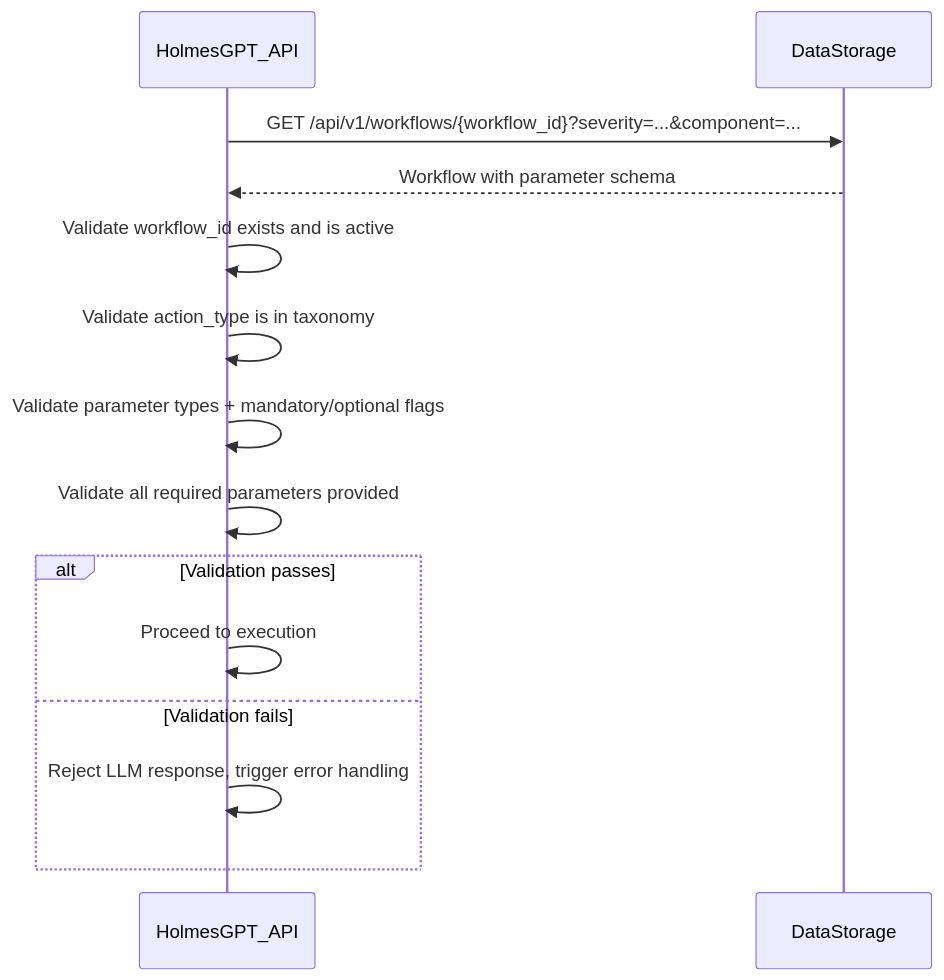
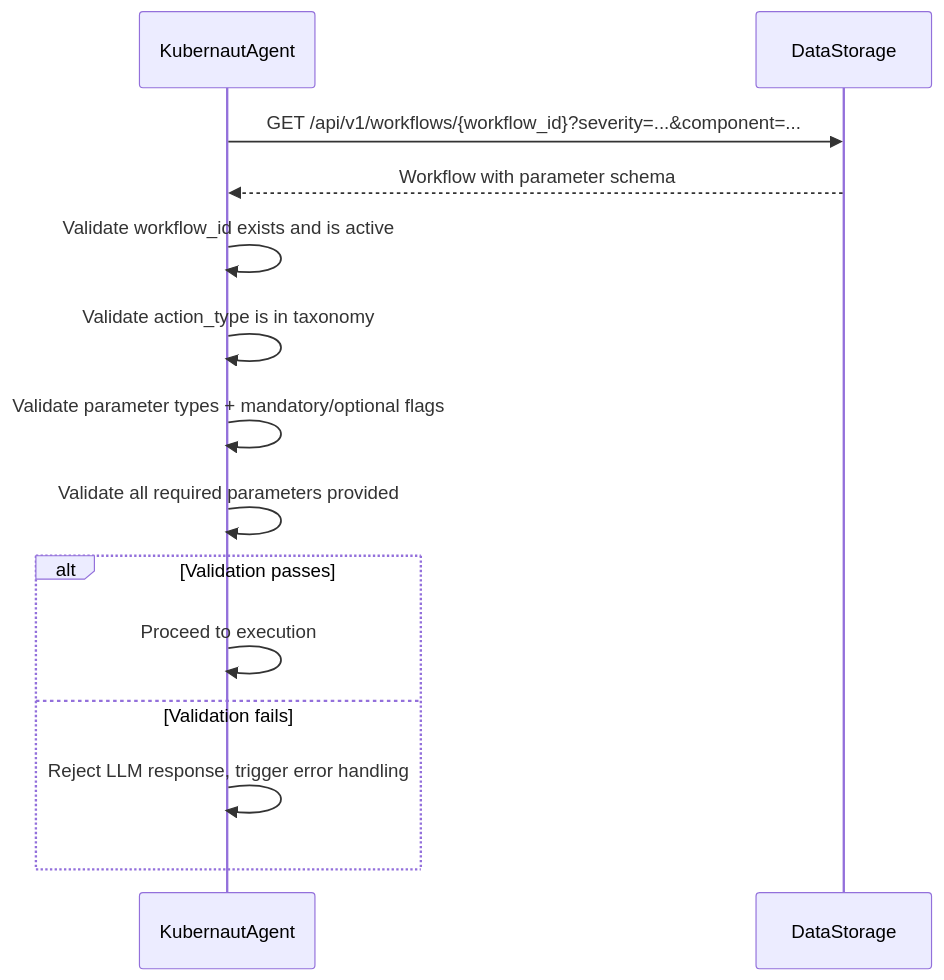
The third of 10 diagrams in docs/architecture/decisions/DD-WORKFLOW-017-workflow-lifecycle-component-interactions.md (jordigilh/kubernaut), drawn with Mermaid before and after one commit. The commit also changed other lines of this file and 19 other files, not shown here.

````diff
--- a/docs/architecture/decisions/DD-WORKFLOW-017-workflow-lifecycle-component-interactions.md
+++ b/docs/architecture/decisions/DD-WORKFLOW-017-workflow-lifecycle-component-interactions.md
@@ -381,19 +381,19 @@
 ```mermaid
 sequenceDiagram
-    participant HAPI as HolmesGPT_API
+    participant KA as KubernautAgent
     participant DS as DataStorage
 
-    HAPI->>DS: GET /api/v1/workflows/{workflow_id}?severity=...&component=...
-    DS-->>HAPI: Workflow with parameter schema
+    KA->>DS: GET /api/v1/workflows/{workflow_id}?severity=...&component=...
+    DS-->>KA: Workflow with parameter schema
 
-    HAPI->>HAPI: Validate workflow_id exists and is active
-    HAPI->>HAPI: Validate action_type is in taxonomy
-    HAPI->>HAPI: Validate parameter types + mandatory/optional flags
-    HAPI->>HAPI: Validate all required parameters provided
+    KA->>KA: Validate workflow_id exists and is active
+    KA->>KA: Validate action_type is in taxonomy
+    KA->>KA: Validate parameter types + mandatory/optional flags
+    KA->>KA: Validate all required parameters provided
 
     alt Validation passes
-        HAPI->>HAPI: Proceed to execution
+        KA->>KA: Proceed to execution
     else Validation fails
-        HAPI->>HAPI: Reject LLM response, trigger error handling
+        KA->>KA: Reject LLM response, trigger error handling
     end
 ```
````
